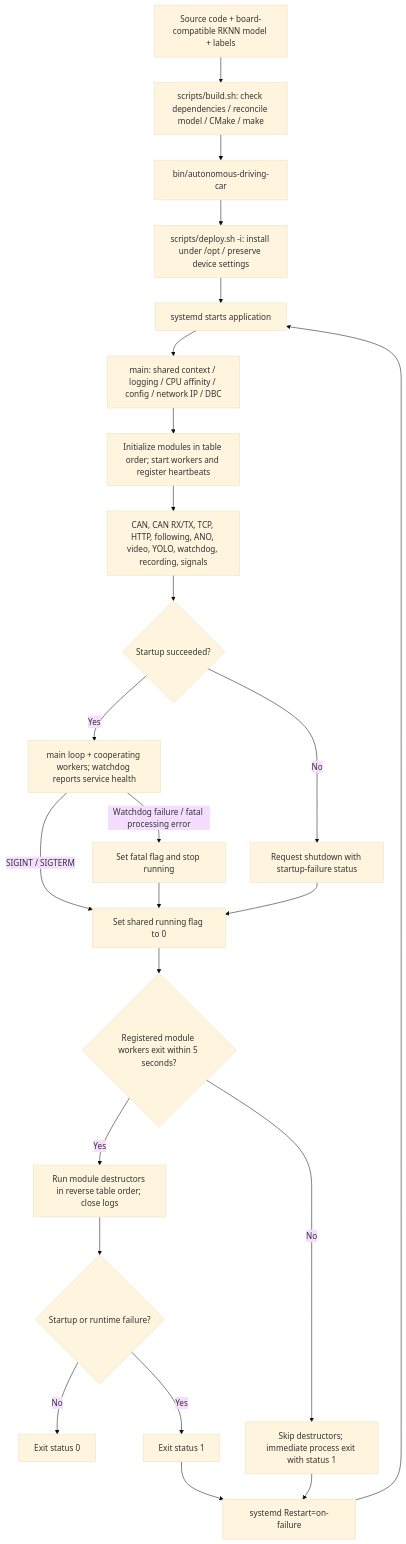
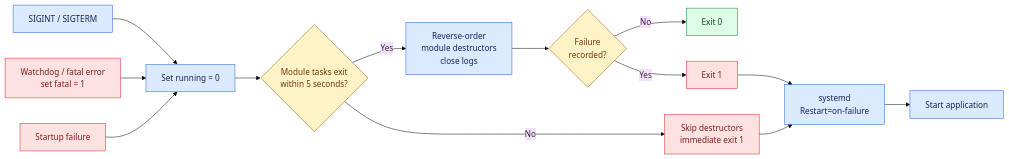
The fifth of 6 diagrams in README.md (qianruo-orange/autonomous-driving-car), drawn with Mermaid (base theme) before and after one commit. The commit also changed other lines of this file, not shown here.

Commit message:
Improve README diagrams with horizontal layouts and visual grouping

````diff
--- a/README.md
+++ b/README.md
@@ -81,26 +122,23 @@
 ```mermaid
-flowchart TB
-    Source["Source code + board-compatible RKNN model + labels"] --> Build["scripts/build.sh: check dependencies / reconcile model / CMake / make"]
-    Build --> Binary["bin/autonomous-driving-car"]
-    Binary --> Deploy["scripts/deploy.sh -i: install under /opt / preserve device settings"]
-    Deploy --> Service["systemd starts application"]
-    Service --> Base["main: shared context / logging / CPU affinity / config / network IP / DBC"]
-    Base --> Modules["Initialize modules in table order; start workers and register heartbeats"]
-    Modules --> Order["CAN, CAN RX/TX, TCP, HTTP, following, ANO, video, YOLO, watchdog, recording, signals"]
-    Order --> Ready{"Startup succeeded?"}
-    Ready -->|Yes| Running["main loop + cooperating workers; watchdog reports service health"]
-    Ready -->|No| StartupFail["Request shutdown with startup-failure status"]
-    Running -->|SIGINT / SIGTERM| Stop["Set shared running flag to 0"]
-    Running -->|Watchdog failure / fatal processing error| Fatal["Set fatal flag and stop running"]
-    StartupFail --> Stop
-    Fatal --> Stop
-    Stop --> Wait{"Registered module workers exit within 5 seconds?"}
-    Wait -->|Yes| Cleanup["Run module destructors in reverse table order; close logs"]
-    Wait -->|No| Forced["Skip destructors; immediate process exit with status 1"]
-    Cleanup --> Status{"Startup or runtime failure?"}
-    Status -->|No| Normal["Exit status 0"]
-    Status -->|Yes| Failed["Exit status 1"]
-    Forced --> Restart["systemd Restart=on-failure"]
-    Failed --> Restart
-    Restart --> Service
+flowchart LR
+    Signal["SIGINT / SIGTERM"] --> Stop["Set running = 0"]
+    Fault["Watchdog / fatal error<br/>set fatal = 1"] --> Stop
+    Startup["Startup failure"] --> Stop
+    Stop --> Wait{"Module tasks exit<br/>within 5 seconds?"}
+    Wait -->|Yes| Cleanup["Reverse-order<br/>module destructors<br/>close logs"]
+    Cleanup --> Status{"Failure<br/>recorded?"}
+    Status -->|No| Normal["Exit 0"]
+    Status -->|Yes| Failed["Exit 1"]
+    Wait -->|No| Forced["Skip destructors<br/>immediate exit 1"]
+    Failed --> Restart["systemd<br/>Restart=on-failure"]
+    Forced --> Restart
+    Restart --> Service["Start application"]
+    classDef process fill:#dbeafe,stroke:#2563eb,color:#172554
+    classDef output fill:#dcfce7,stroke:#15803d,color:#14532d
+    classDef check fill:#fef3c7,stroke:#b45309,color:#78350f
+    classDef failure fill:#fee2e2,stroke:#dc2626,color:#7f1d1d
+    class Signal,Stop,Cleanup,Restart,Service process
+    class Wait,Status check
+    class Normal output
+    class Fault,Startup,Failed,Forced failure
 ```
````
